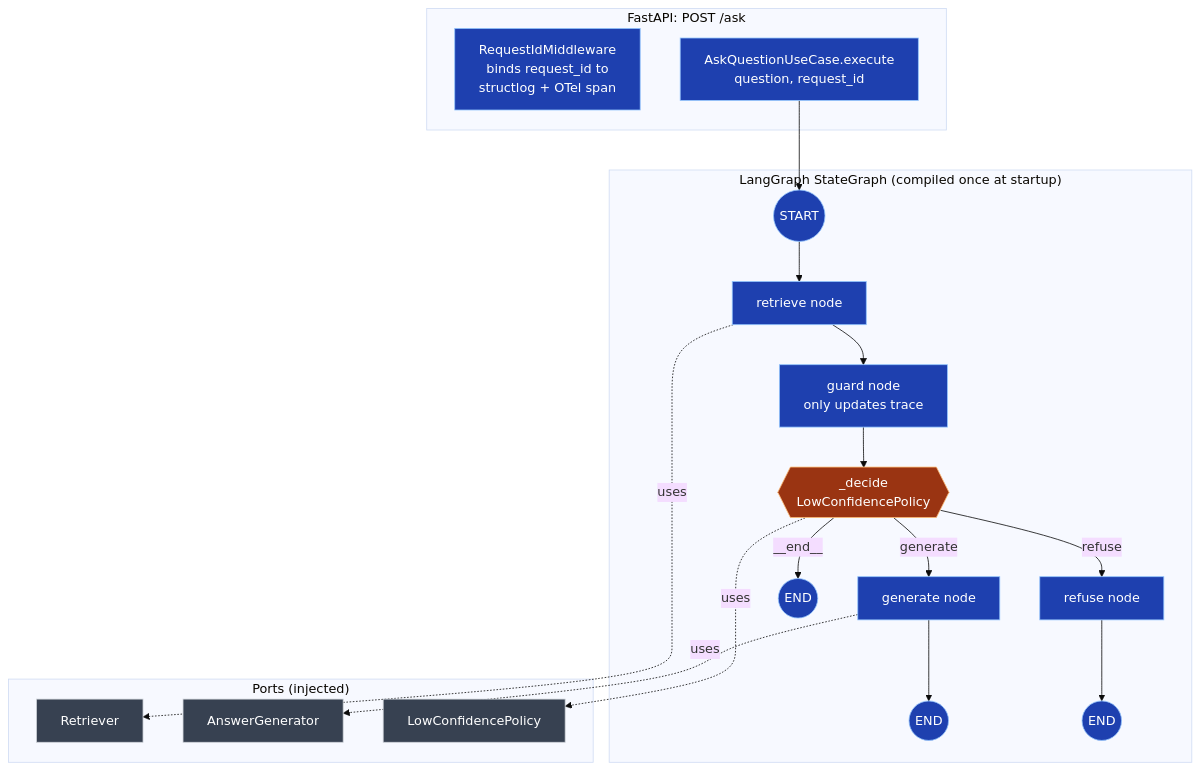
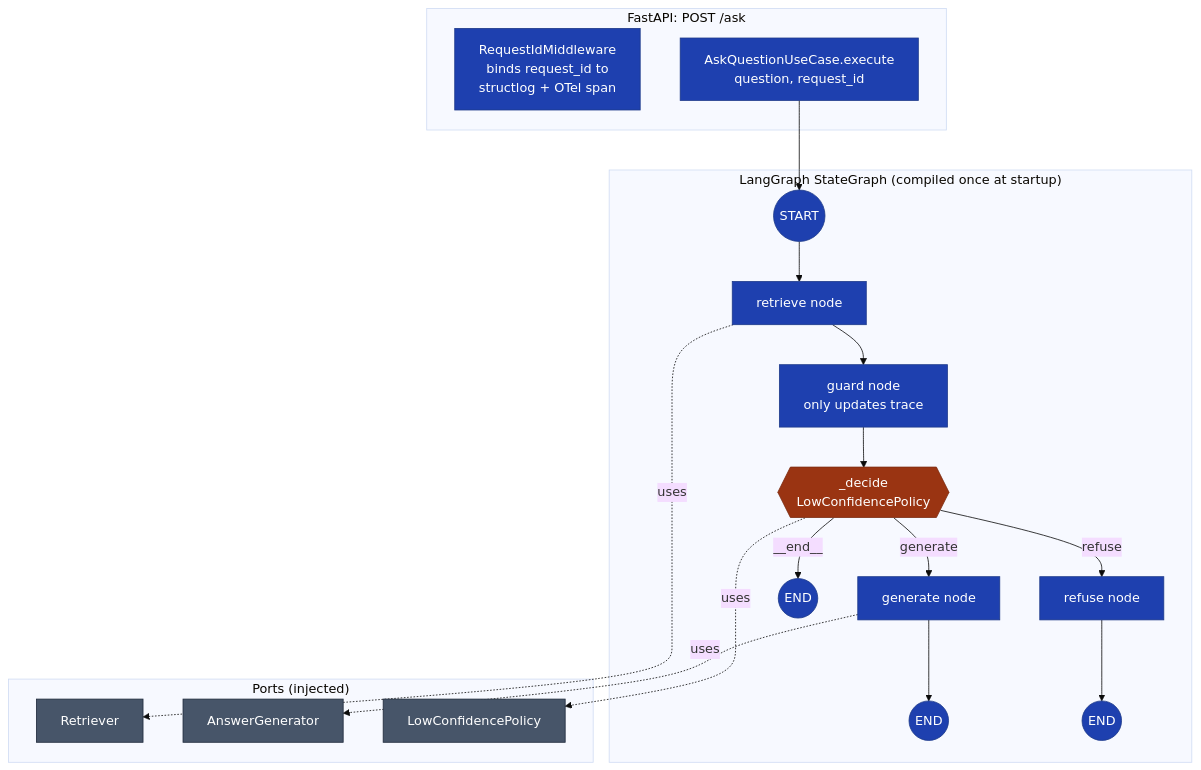
Before and after one commit to bruj0/support-agent: the diagram in docs/c4/4-deep-dive-answering.md, drawn with Mermaid (base theme). The commit also changed 3 other files, not shown here.

First line of the commit message:
fix(docs): use Material's --md-mermaid-* CSS variables + white diagram card

````diff
--- a/docs/c4/4-deep-dive-answering.md
+++ b/docs/c4/4-deep-dive-answering.md
@@ -10,36 +10,36 @@
 ```mermaid
 flowchart TD
     subgraph API["FastAPI: POST /ask"]
         MW[RequestIdMiddleware<br/>binds request_id to<br/>structlog + OTel span]
         USE[AskQuestionUseCase.execute<br/>question, request_id]
     end
 
     subgraph GRAPH["LangGraph StateGraph (compiled once at startup)"]
         START((START)) --> RET[retrieve node]
         RET --> GUARD[guard node<br/>only updates trace]
         GUARD --> EDGE{{_decide<br/>LowConfidencePolicy}}
         EDGE -->|"generate"| GEN[generate node]
         EDGE -->|"refuse"| REF[refuse node]
         EDGE -->|"__end__"| END0((END))
         GEN --> END1((END))
         REF --> END2((END))
     end
 
     subgraph PORTS["Ports (injected)"]
         RETR[Retriever]
         GEN2[AnswerGenerator]
         POL[LowConfidencePolicy]
     end
 
     USE --> START
     RET -.uses.-> RETR
     GEN -.uses.-> GEN2
     EDGE -.uses.-> POL
 
-    classDef node fill:#1e40af,stroke:#93c5fd,color:#ffffff;
-    classDef edge fill:#9a3412,stroke:#fdba74,color:#ffffff;
-    classDef ext fill:#374151,stroke:#d1d5db,color:#ffffff;
+    classDef node fill:#1e40af,stroke:#1e3a8a,color:#ffffff;
+    classDef edge fill:#9a3412,stroke:#7c2d12,color:#ffffff;
+    classDef ext fill:#475569,stroke:#1e293b,color:#ffffff;
     class RET,GUARD,GEN,REF node;
     class EDGE edge;
     class RETR,GEN2,POL ext;
 ```
````
